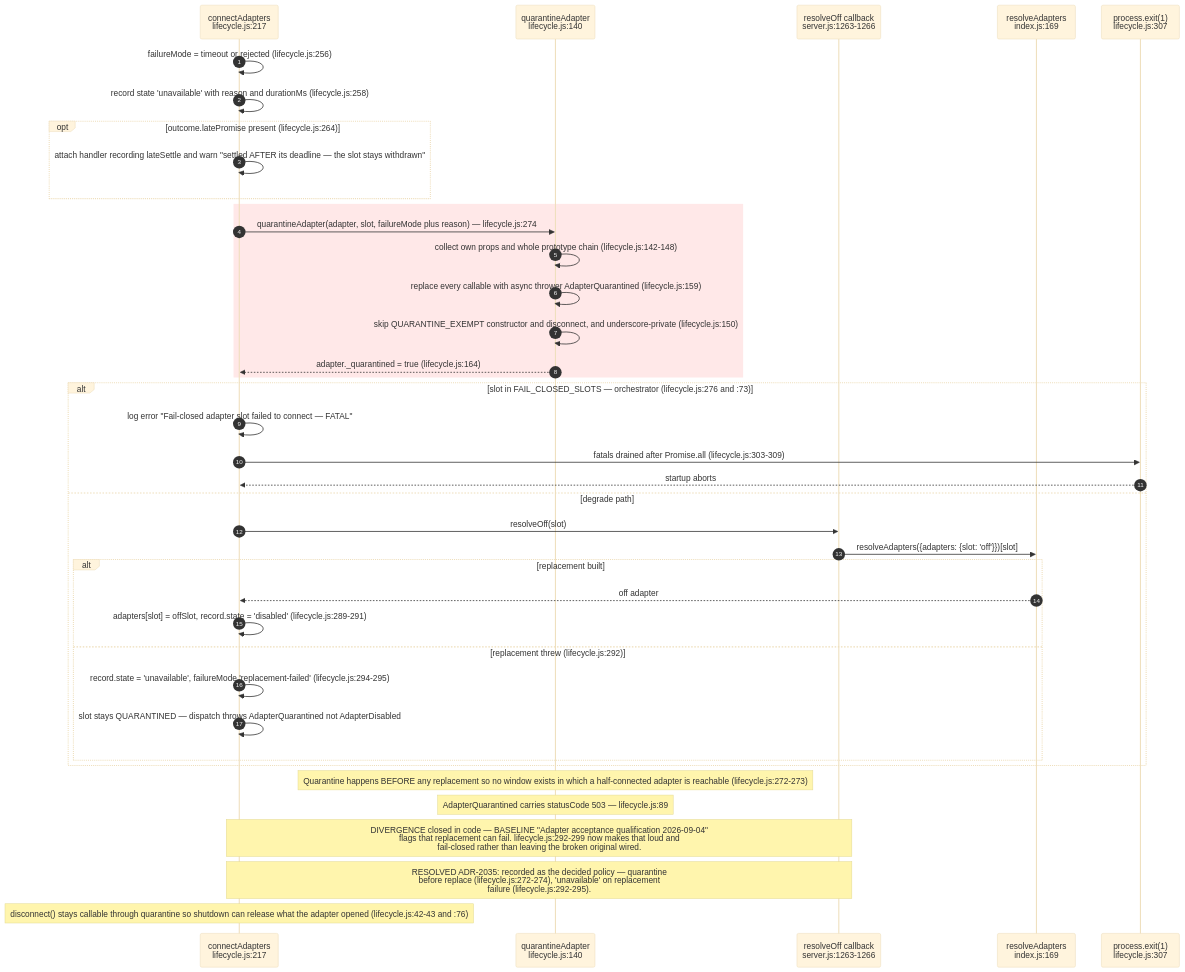
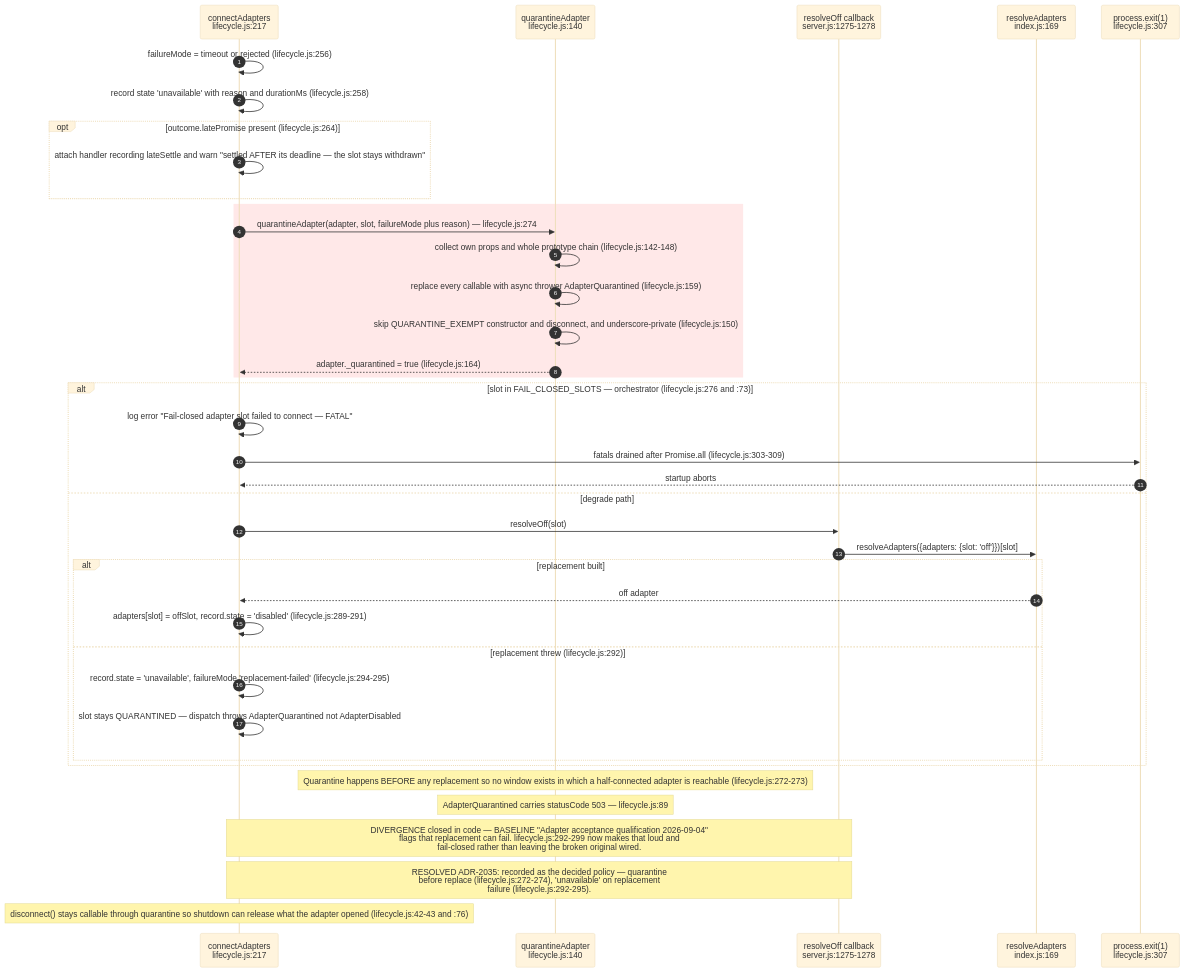
One commit to DreamLab-AI/VisionFlow changed the seventh of 16 diagrams in docs/diagrams/agentbox/04-adapter-spine.md. Above: the diagram before and after it, drawn with Mermaid (base theme). The commit also changed other lines of this file and 28 other files, not shown here.

````diff
--- a/docs/diagrams/agentbox/04-adapter-spine.md
+++ b/docs/diagrams/agentbox/04-adapter-spine.md
@@ -296,42 +296,42 @@
 ```mermaid
 sequenceDiagram
     autonumber
     participant LC as connectAdapters<br/>lifecycle.js:217
     participant Q as quarantineAdapter<br/>lifecycle.js:140
-    participant RO as resolveOff callback<br/>server.js:1263-1266
+    participant RO as resolveOff callback<br/>server.js:1275-1278
     participant IDX as resolveAdapters<br/>index.js:169
     participant PX as process.exit(1)<br/>lifecycle.js:307
 
     LC->>LC: failureMode = timeout or rejected (lifecycle.js:256)
     LC->>LC: record state 'unavailable' with reason and durationMs (lifecycle.js:258)
     opt outcome.latePromise present (lifecycle.js:264)
         LC->>LC: attach handler recording lateSettle and warn "settled AFTER its deadline — the slot stays withdrawn"
     end
     rect rgb(255, 232, 232)
         LC->>Q: quarantineAdapter(adapter, slot, failureMode plus reason) — lifecycle.js:274
         Q->>Q: collect own props and whole prototype chain (lifecycle.js:142-148)
         Q->>Q: replace every callable with async thrower AdapterQuarantined (lifecycle.js:159)
         Q->>Q: skip QUARANTINE_EXEMPT constructor and disconnect, and underscore-private (lifecycle.js:150)
         Q-->>LC: adapter._quarantined = true (lifecycle.js:164)
     end
     alt slot in FAIL_CLOSED_SLOTS — orchestrator (lifecycle.js:276 and :73)
         LC->>LC: log error "Fail-closed adapter slot failed to connect — FATAL"
         LC->>PX: fatals drained after Promise.all (lifecycle.js:303-309)
         PX-->>LC: startup aborts
     else degrade path
         LC->>RO: resolveOff(slot)
         RO->>IDX: resolveAdapters({adapters: {slot: 'off'}})[slot]
         alt replacement built
             IDX-->>LC: off adapter
             LC->>LC: adapters[slot] = offSlot, record.state = 'disabled' (lifecycle.js:289-291)
         else replacement threw (lifecycle.js:292)
             LC->>LC: record.state = 'unavailable', failureMode 'replacement-failed' (lifecycle.js:294-295)
             LC->>LC: slot stays QUARANTINED — dispatch throws AdapterQuarantined not AdapterDisabled
         end
     end
     Note over Q: Quarantine happens BEFORE any replacement so no window exists in which a half-connected adapter is reachable (lifecycle.js:272-273)
     Note over Q: AdapterQuarantined carries statusCode 503 — lifecycle.js:89
     Note over LC,RO: DIVERGENCE closed in code — BASELINE "Adapter acceptance qualification 2026-09-04"<br/>flags that replacement can fail. lifecycle.js:292-299 now makes that loud and<br/>fail-closed rather than leaving the broken original wired.
     Note over LC,RO: RESOLVED ADR-2035: recorded as the decided policy — quarantine<br/>before replace (lifecycle.js:272-274), 'unavailable' on replacement<br/>failure (lifecycle.js:292-295).
     Note over LC: disconnect() stays callable through quarantine so shutdown can release what the adapter opened (lifecycle.js:42-43 and :76)
 ```
````
